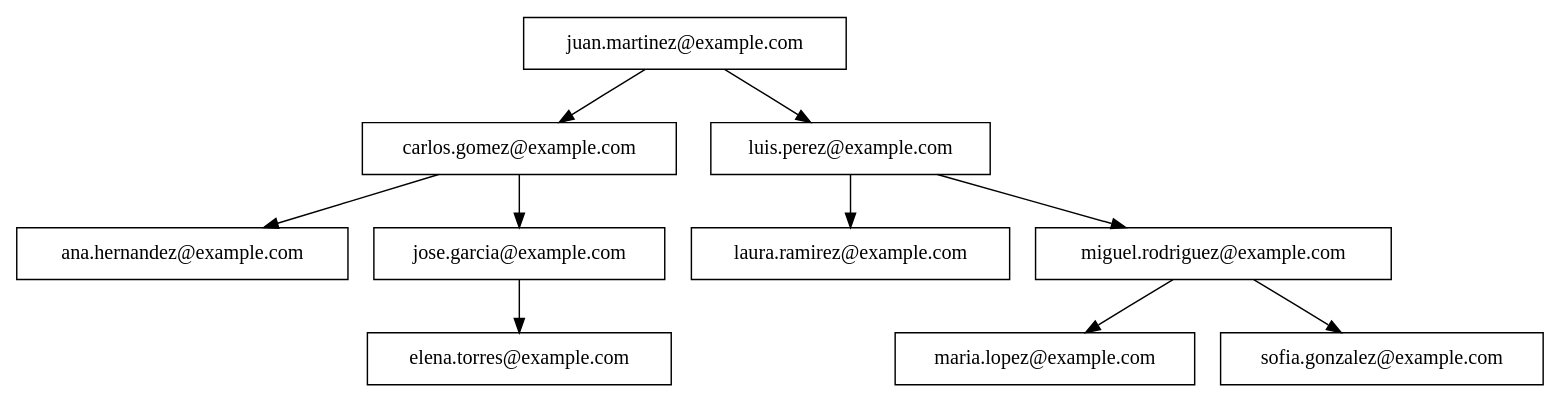
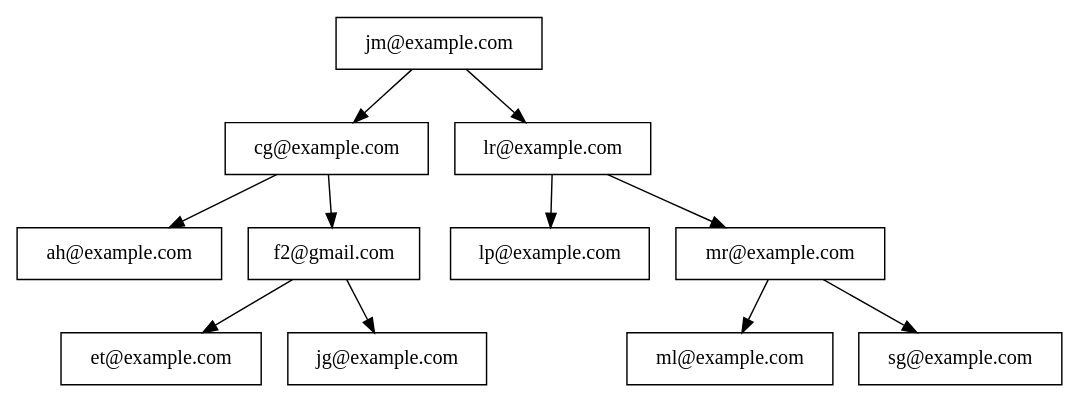
One commit to Kevin-alvarez1/PROYECTO_MULTIFASES_RED_SOCIAL changed the diagram in Fase2/main/build/Desktop_Qt_6_7_2_MinGW_64_bit-Debug/Arbol_Usuarios.dot. Above: the diagram before and after it, drawn with Graphviz. The commit also changed 12 other files, not shown here.

```diff
--- a/Fase2/main/build/Desktop_Qt_6_7_2_MinGW_64_bit-Debug/Arbol_Usuarios.dot
+++ b/Fase2/main/build/Desktop_Qt_6_7_2_MinGW_64_bit-Debug/Arbol_Usuarios.dot
@@ -1,12 +1,13 @@
 digraph AVLTree {
     node [shape=record];
-    "juan.martinez@example.com" -> "carlos.gomez@example.com";
-    "juan.martinez@example.com" -> "luis.perez@example.com";
-    "carlos.gomez@example.com" -> "ana.hernandez@example.com";
-    "carlos.gomez@example.com" -> "jose.garcia@example.com";
-    "jose.garcia@example.com" -> "elena.torres@example.com";
-    "luis.perez@example.com" -> "laura.ramirez@example.com";
-    "luis.perez@example.com" -> "miguel.rodriguez@example.com";
-    "miguel.rodriguez@example.com" -> "maria.lopez@example.com";
-    "miguel.rodriguez@example.com" -> "sofia.gonzalez@example.com";
+    "jm@example.com" -> "cg@example.com";
+    "jm@example.com" -> "lr@example.com";
+    "cg@example.com" -> "ah@example.com";
+    "cg@example.com" -> "f2@gmail.com";
+    "f2@gmail.com" -> "et@example.com";
+    "f2@gmail.com" -> "jg@example.com";
+    "lr@example.com" -> "lp@example.com";
+    "lr@example.com" -> "mr@example.com";
+    "mr@example.com" -> "ml@example.com";
+    "mr@example.com" -> "sg@example.com";
 }
```
